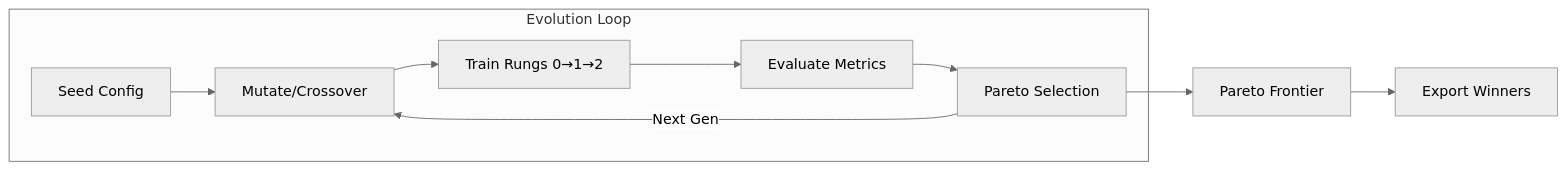
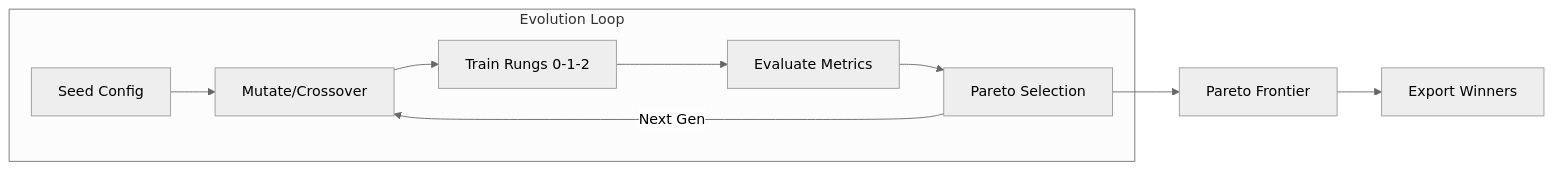
Before and after one commit to strangeloopcanon/tevo: the diagram in README.md, drawn with Mermaid (neutral theme). The commit also changed other lines of this file and 8 other files, not shown here.

````diff
--- a/README.md
+++ b/README.md
@@ -278,12 +83,12 @@
 ```mermaid
 flowchart LR
-    subgraph Evolution Loop
+    subgraph evo [Evolution Loop]
         SEED[Seed Config] --> MUT[Mutate/Crossover]
-        MUT --> TRAIN[Train Rungs 0→1→2]
+        MUT --> TRAIN[Train Rungs 0-1-2]
         TRAIN --> EVAL[Evaluate Metrics]
         EVAL --> SELECT[Pareto Selection]
         SELECT --> |Next Gen| MUT
     end
     SELECT --> FRONTIER[Pareto Frontier]
     FRONTIER --> EXPORT[Export Winners]
 ```
````
